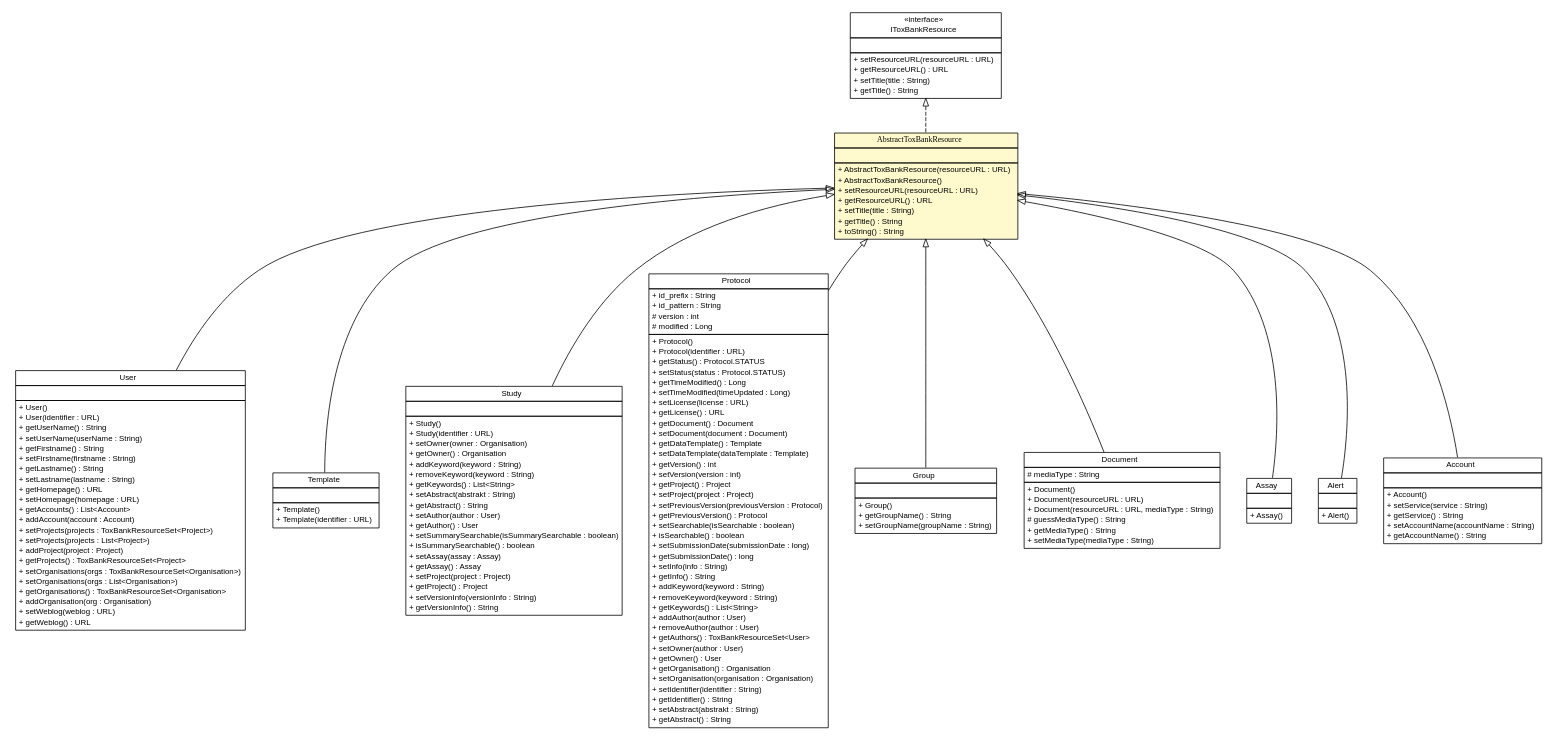
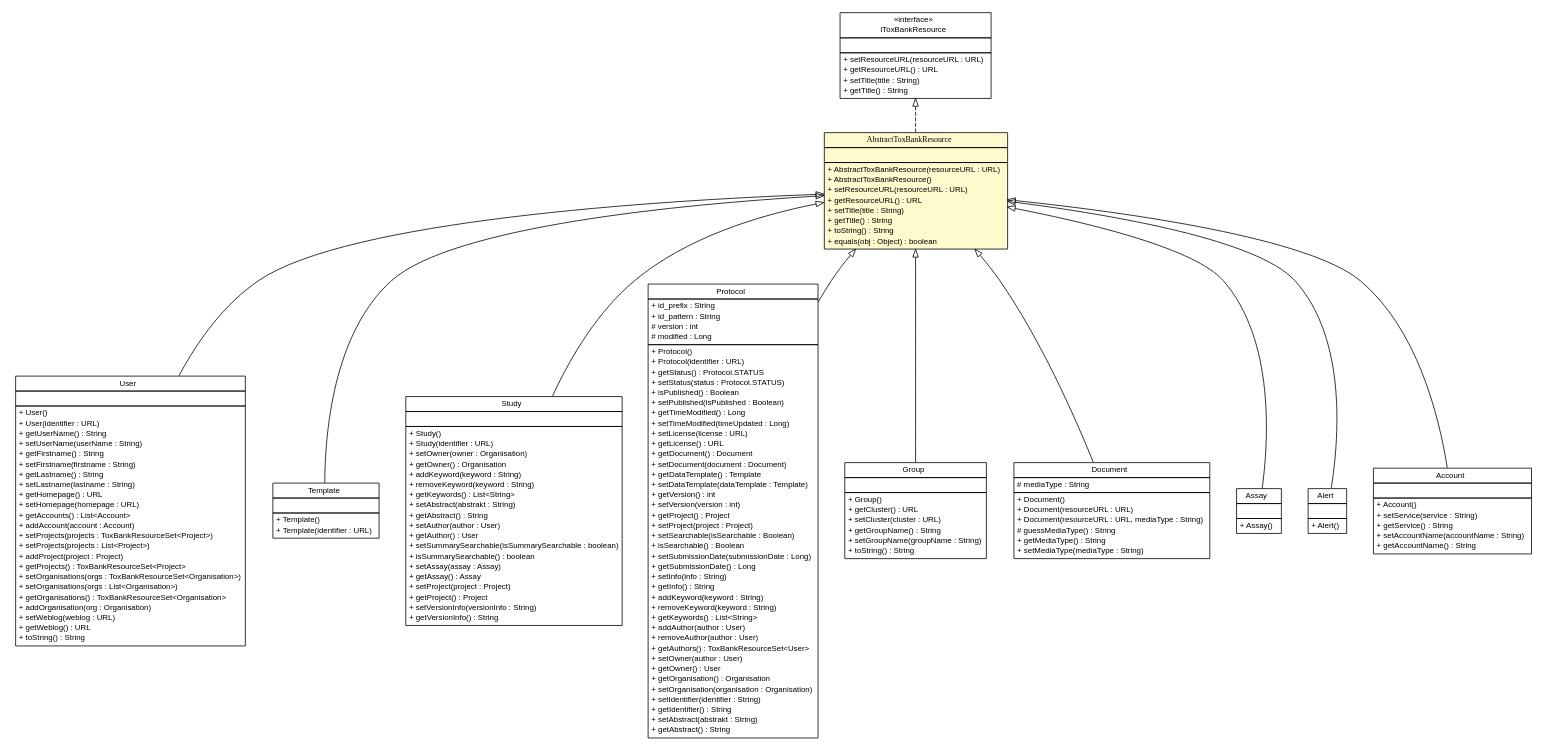
Before and after one commit to ToxBank/toxbank-api-beans: the diagram in apidocs/net/toxbank/client/resource/AbstractToxBankResource.dot, drawn with Graphviz. The commit also changed 216 other files, not shown here.

```diff
--- a/apidocs/net/toxbank/client/resource/AbstractToxBankResource.dot
+++ b/apidocs/net/toxbank/client/resource/AbstractToxBankResource.dot
@@ -8,7 +8,7 @@
 	edge [fontname="arial",fontsize=10,labelfontname="arial",labelfontsize=10];
 	node [fontname="arial",fontsize=10,shape=plaintext];
 	// net.toxbank.client.resource.User
-	c982 [label=<<table border="0" cellborder="1" cellspacing="0" cellpadding="2" port="p" href="./User.html">
+	c1469 [label=<<table border="0" cellborder="1" cellspacing="0" cellpadding="2" port="p" href="./User.html">
 		<tr><td><table border="0" cellspacing="0" cellpadding="1">
 			<tr><td> User </td></tr>
 		</table></td></tr>
@@ -38,10 +38,11 @@
 			<tr><td align="left"> + addOrganisation(org : Organisation) </td></tr>
 			<tr><td align="left"> + setWeblog(weblog : URL) </td></tr>
 			<tr><td align="left"> + getWeblog() : URL </td></tr>
+			<tr><td align="left"> + toString() : String </td></tr>
 		</table></td></tr>
 		</table>>, fontname="arial", fontcolor="black", fontsize=10.0];
 	// net.toxbank.client.resource.Template
-	c984 [label=<<table border="0" cellborder="1" cellspacing="0" cellpadding="2" port="p" href="./Template.html">
+	c1471 [label=<<table border="0" cellborder="1" cellspacing="0" cellpadding="2" port="p" href="./Template.html">
 		<tr><td><table border="0" cellspacing="0" cellpadding="1">
 			<tr><td> Template </td></tr>
 		</table></td></tr>
@@ -54,7 +55,7 @@
 		</table></td></tr>
 		</table>>, fontname="arial", fontcolor="black", fontsize=10.0];
 	// net.toxbank.client.resource.Study
-	c985 [label=<<table border="0" cellborder="1" cellspacing="0" cellpadding="2" port="p" href="./Study.html">
+	c1472 [label=<<table border="0" cellborder="1" cellspacing="0" cellpadding="2" port="p" href="./Study.html">
 		<tr><td><table border="0" cellspacing="0" cellpadding="1">
 			<tr><td> Study </td></tr>
 		</table></td></tr>
@@ -84,7 +85,7 @@
 		</table></td></tr>
 		</table>>, fontname="arial", fontcolor="black", fontsize=10.0];
 	// net.toxbank.client.resource.Protocol
-	c986 [label=<<table border="0" cellborder="1" cellspacing="0" cellpadding="2" port="p" href="./Protocol.html">
+	c1473 [label=<<table border="0" cellborder="1" cellspacing="0" cellpadding="2" port="p" href="./Protocol.html">
 		<tr><td><table border="0" cellspacing="0" cellpadding="1">
 			<tr><td> Protocol </td></tr>
 		</table></td></tr>
@@ -99,6 +100,8 @@
 			<tr><td align="left"> + Protocol(identifier : URL) </td></tr>
 			<tr><td align="left"> + getStatus() : Protocol.STATUS </td></tr>
 			<tr><td align="left"> + setStatus(status : Protocol.STATUS) </td></tr>
+			<tr><td align="left"> + isPublished() : Boolean </td></tr>
+			<tr><td align="left"> + setPublished(isPublished : Boolean) </td></tr>
 			<tr><td align="left"> + getTimeModified() : Long </td></tr>
 			<tr><td align="left"> + setTimeModified(timeUpdated : Long) </td></tr>
 			<tr><td align="left"> + setLicense(license : URL) </td></tr>
@@ -111,12 +114,10 @@
 			<tr><td align="left"> + setVersion(version : int) </td></tr>
 			<tr><td align="left"> + getProject() : Project </td></tr>
 			<tr><td align="left"> + setProject(project : Project) </td></tr>
-			<tr><td align="left"> + setPreviousVersion(previousVersion : Protocol) </td></tr>
-			<tr><td align="left"> + getPreviousVersion() : Protocol </td></tr>
-			<tr><td align="left"> + setSearchable(isSearchable : boolean) </td></tr>
-			<tr><td align="left"> + isSearchable() : boolean </td></tr>
-			<tr><td align="left"> + setSubmissionDate(submissionDate : long) </td></tr>
-			<tr><td align="left"> + getSubmissionDate() : long </td></tr>
+			<tr><td align="left"> + setSearchable(isSearchable : Boolean) </td></tr>
+			<tr><td align="left"> + isSearchable() : Boolean </td></tr>
+			<tr><td align="left"> + setSubmissionDate(submissionDate : Long) </td></tr>
+			<tr><td align="left"> + getSubmissionDate() : Long </td></tr>
 			<tr><td align="left"> + setInfo(info : String) </td></tr>
 			<tr><td align="left"> + getInfo() : String </td></tr>
 			<tr><td align="left"> + addKeyword(keyword : String) </td></tr>
@@ -136,7 +137,7 @@
 		</table></td></tr>
 		</table>>, fontname="arial", fontcolor="black", fontsize=10.0];
 	// net.toxbank.client.resource.IToxBankResource
-	c990 [label=<<table border="0" cellborder="1" cellspacing="0" cellpadding="2" port="p" href="./IToxBankResource.html">
+	c1477 [label=<<table border="0" cellborder="1" cellspacing="0" cellpadding="2" port="p" href="./IToxBankResource.html">
 		<tr><td><table border="0" cellspacing="0" cellpadding="1">
 			<tr><td> &laquo;interface&raquo; </td></tr>
 			<tr><td> IToxBankResource </td></tr>
@@ -152,7 +153,7 @@
 		</table></td></tr>
 		</table>>, fontname="arial", fontcolor="black", fontsize=10.0];
 	// net.toxbank.client.resource.Group
-	c991 [label=<<table border="0" cellborder="1" cellspacing="0" cellpadding="2" port="p" href="./Group.html">
+	c1478 [label=<<table border="0" cellborder="1" cellspacing="0" cellpadding="2" port="p" href="./Group.html">
 		<tr><td><table border="0" cellspacing="0" cellpadding="1">
 			<tr><td> Group </td></tr>
 		</table></td></tr>
@@ -161,12 +162,15 @@
 		</table></td></tr>
 		<tr><td><table border="0" cellspacing="0" cellpadding="1">
 			<tr><td align="left"> + Group() </td></tr>
+			<tr><td align="left"> + getCluster() : URL </td></tr>
+			<tr><td align="left"> + setCluster(cluster : URL) </td></tr>
 			<tr><td align="left"> + getGroupName() : String </td></tr>
 			<tr><td align="left"> + setGroupName(groupName : String) </td></tr>
+			<tr><td align="left"> + toString() : String </td></tr>
 		</table></td></tr>
 		</table>>, fontname="arial", fontcolor="black", fontsize=10.0];
 	// net.toxbank.client.resource.Document
-	c992 [label=<<table border="0" cellborder="1" cellspacing="0" cellpadding="2" port="p" href="./Document.html">
+	c1479 [label=<<table border="0" cellborder="1" cellspacing="0" cellpadding="2" port="p" href="./Document.html">
 		<tr><td><table border="0" cellspacing="0" cellpadding="1">
 			<tr><td> Document </td></tr>
 		</table></td></tr>
@@ -183,7 +187,7 @@
 		</table></td></tr>
 		</table>>, fontname="arial", fontcolor="black", fontsize=10.0];
 	// net.toxbank.client.resource.Assay
-	c993 [label=<<table border="0" cellborder="1" cellspacing="0" cellpadding="2" port="p" href="./Assay.html">
+	c1480 [label=<<table border="0" cellborder="1" cellspacing="0" cellpadding="2" port="p" href="./Assay.html">
 		<tr><td><table border="0" cellspacing="0" cellpadding="1">
 			<tr><td> Assay </td></tr>
 		</table></td></tr>
@@ -195,7 +199,7 @@
 		</table></td></tr>
 		</table>>, fontname="arial", fontcolor="black", fontsize=10.0];
 	// net.toxbank.client.resource.Alert
-	c994 [label=<<table border="0" cellborder="1" cellspacing="0" cellpadding="2" port="p" href="./Alert.html">
+	c1481 [label=<<table border="0" cellborder="1" cellspacing="0" cellpadding="2" port="p" href="./Alert.html">
 		<tr><td><table border="0" cellspacing="0" cellpadding="1">
 			<tr><td> Alert </td></tr>
 		</table></td></tr>
@@ -207,7 +211,7 @@
 		</table></td></tr>
 		</table>>, fontname="arial", fontcolor="black", fontsize=10.0];
 	// net.toxbank.client.resource.Account
-	c995 [label=<<table border="0" cellborder="1" cellspacing="0" cellpadding="2" port="p" href="./Account.html">
+	c1482 [label=<<table border="0" cellborder="1" cellspacing="0" cellpadding="2" port="p" href="./Account.html">
 		<tr><td><table border="0" cellspacing="0" cellpadding="1">
 			<tr><td> Account </td></tr>
 		</table></td></tr>
@@ -223,7 +227,7 @@
 		</table></td></tr>
 		</table>>, fontname="arial", fontcolor="black", fontsize=10.0];
 	// net.toxbank.client.resource.AbstractToxBankResource
-	c996 [label=<<table border="0" cellborder="1" cellspacing="0" cellpadding="2" port="p" bgcolor="lemonChiffon" href="./AbstractToxBankResource.html">
+	c1483 [label=<<table border="0" cellborder="1" cellspacing="0" cellpadding="2" port="p" bgcolor="lemonChiffon" href="./AbstractToxBankResource.html">
 		<tr><td><table border="0" cellspacing="0" cellpadding="1">
 			<tr><td><font face="ariali"> AbstractToxBankResource </font></td></tr>
 		</table></td></tr>
@@ -238,26 +242,27 @@
 			<tr><td align="left"> + setTitle(title : String) </td></tr>
 			<tr><td align="left"> + getTitle() : String </td></tr>
 			<tr><td align="left"> + toString() : String </td></tr>
+			<tr><td align="left"> + equals(obj : Object) : boolean </td></tr>
 		</table></td></tr>
 		</table>>, fontname="arial", fontcolor="black", fontsize=10.0];
 	//net.toxbank.client.resource.User extends net.toxbank.client.resource.AbstractToxBankResource
-	c996:p -> c982:p [dir=back,arrowtail=empty];
+	c1483:p -> c1469:p [dir=back,arrowtail=empty];
 	//net.toxbank.client.resource.Template extends net.toxbank.client.resource.AbstractToxBankResource
-	c996:p -> c984:p [dir=back,arrowtail=empty];
+	c1483:p -> c1471:p [dir=back,arrowtail=empty];
 	//net.toxbank.client.resource.Study extends net.toxbank.client.resource.AbstractToxBankResource
-	c996:p -> c985:p [dir=back,arrowtail=empty];
+	c1483:p -> c1472:p [dir=back,arrowtail=empty];
 	//net.toxbank.client.resource.Protocol extends net.toxbank.client.resource.AbstractToxBankResource
-	c996:p -> c986:p [dir=back,arrowtail=empty];
+	c1483:p -> c1473:p [dir=back,arrowtail=empty];
 	//net.toxbank.client.resource.Group extends net.toxbank.client.resource.AbstractToxBankResource
-	c996:p -> c991:p [dir=back,arrowtail=empty];
+	c1483:p -> c1478:p [dir=back,arrowtail=empty];
 	//net.toxbank.client.resource.Document extends net.toxbank.client.resource.AbstractToxBankResource
-	c996:p -> c992:p [dir=back,arrowtail=empty];
+	c1483:p -> c1479:p [dir=back,arrowtail=empty];
 	//net.toxbank.client.resource.Assay extends net.toxbank.client.resource.AbstractToxBankResource
-	c996:p -> c993:p [dir=back,arrowtail=empty];
+	c1483:p -> c1480:p [dir=back,arrowtail=empty];
 	//net.toxbank.client.resource.Alert extends net.toxbank.client.resource.AbstractToxBankResource
-	c996:p -> c994:p [dir=back,arrowtail=empty];
+	c1483:p -> c1481:p [dir=back,arrowtail=empty];
 	//net.toxbank.client.resource.Account extends net.toxbank.client.resource.AbstractToxBankResource
-	c996:p -> c995:p [dir=back,arrowtail=empty];
+	c1483:p -> c1482:p [dir=back,arrowtail=empty];
 	//net.toxbank.client.resource.AbstractToxBankResource implements net.toxbank.client.resource.IToxBankResource
-	c990:p -> c996:p [dir=back,arrowtail=empty,style=dashed];
+	c1477:p -> c1483:p [dir=back,arrowtail=empty,style=dashed];
 }
```
